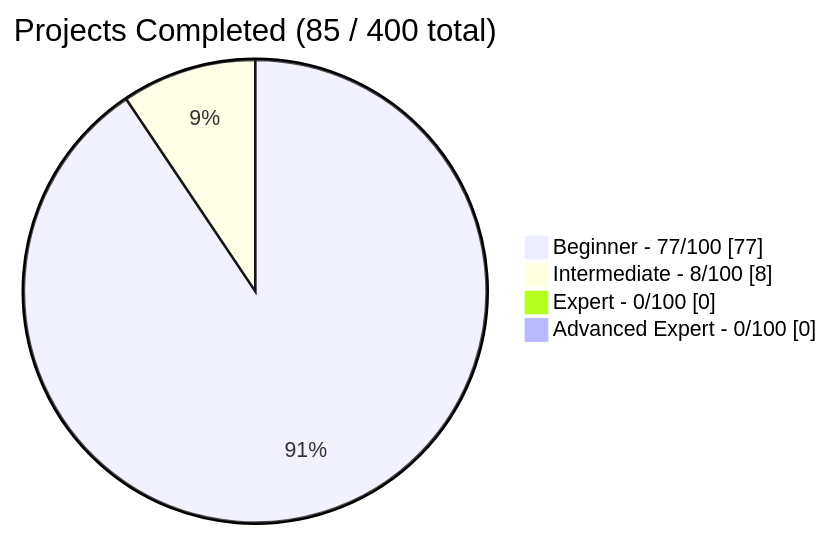
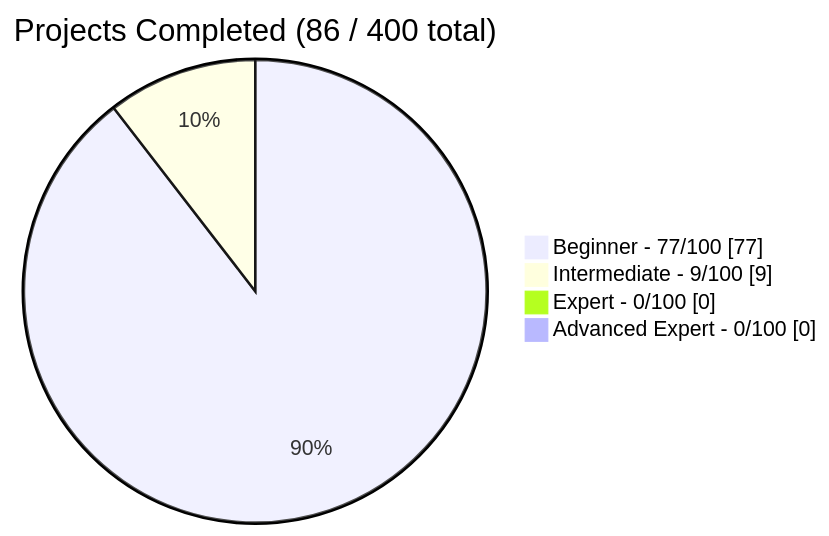
One commit to Debanga-06/Code-Odessey changed the diagram in README.md. Above: the diagram before and after it, drawn with Mermaid. The commit also changed other lines of this file and 2 other files, not shown here.

````diff
--- a/README.md
+++ b/README.md
@@ -75,8 +75,8 @@
 ```mermaid
 pie showData
-    title Projects Completed (85 / 400 total)
+    title Projects Completed (86 / 400 total)
     "Beginner - 77/100" : 77
-    "Intermediate - 8/100" : 8
+    "Intermediate - 9/100" : 9
     "Expert - 0/100" : 0
     "Advanced Expert - 0/100" : 0
 ```
````
